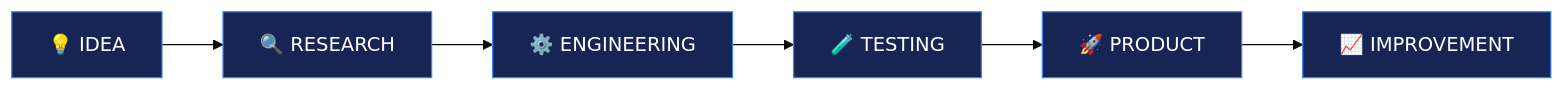
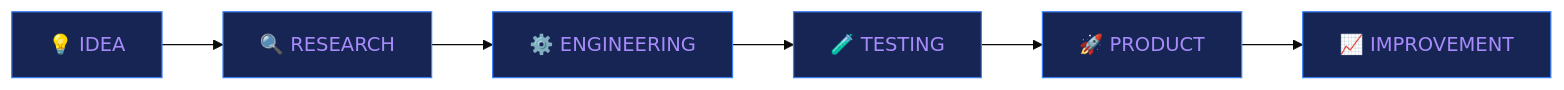
Before and after one commit to khush094sharma-glitch/khush094sharma-glitch: the diagram in README.md, drawn with Mermaid (base theme).

````diff
--- a/README.md
+++ b/README.md
@@ -251,15 +251,15 @@
 ```mermaid
 flowchart LR
     A["💡 IDEA"] --> B["🔍 RESEARCH"]
     B --> C["⚙️ ENGINEERING"]
     C --> D["🧪 TESTING"]
     D --> E["🚀 PRODUCT"]
     E --> F["📈 IMPROVEMENT"]
 
-    style A fill:#172554,stroke:#3B82F6,color:#fff
-    style B fill:#172554,stroke:#3B82F6,color:#fff
-    style C fill:#172554,stroke:#3B82F6,color:#fff
-    style D fill:#172554,stroke:#3B82F6,color:#fff
-    style E fill:#172554,stroke:#3B82F6,color:#fff
-    style F fill:#172554,stroke:#3B82F6,color:#fff
+    style A fill:#172554,stroke:#3B82F6,color:#A78BFA
+    style B fill:#172554,stroke:#3B82F6,color:#A78BFA
+    style C fill:#172554,stroke:#3B82F6,color:#A78BFA
+    style D fill:#172554,stroke:#3B82F6,color:#A78BFA
+    style E fill:#172554,stroke:#3B82F6,color:#A78BFA
+    style F fill:#172554,stroke:#3B82F6,color:#A78BFA
 ```
````
